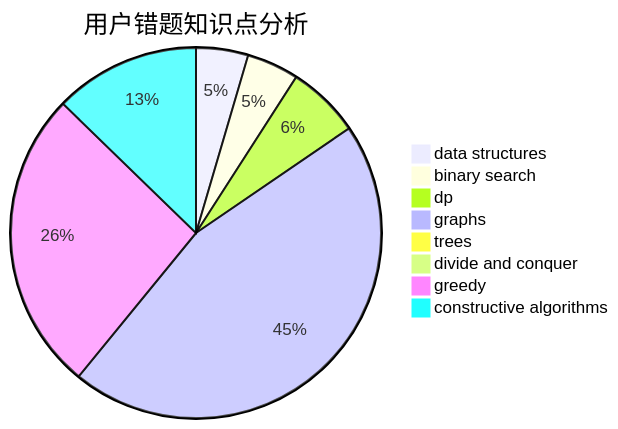
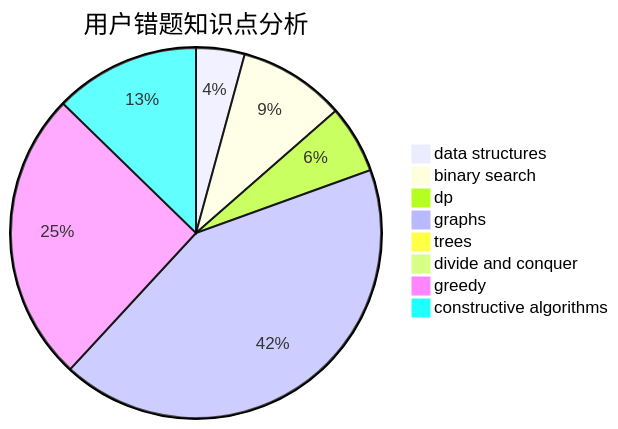
Before and after one commit to sherpahu/cfrs.github.io: the third of 3 diagrams in docs/user/u1390.md, drawn with Mermaid. The commit also changed other lines of this file and 2770 other files, not shown here.

````diff
--- a/docs/user/u1390.md
+++ b/docs/user/u1390.md
@@ -36,11 +36,11 @@
 ```mermaid
 pie title 用户错题知识点分析
     "data structures" :  5
-    "binary search" :  5
+    "binary search" :  11
     "dp" :  7
     "graphs" :  50
     "trees" :  0
     "divide and conquer" :  0
-    "greedy" :  29
-    "constructive algorithms" :  14
+    "greedy" :  30
+    "constructive algorithms" :  15
 ```
````
